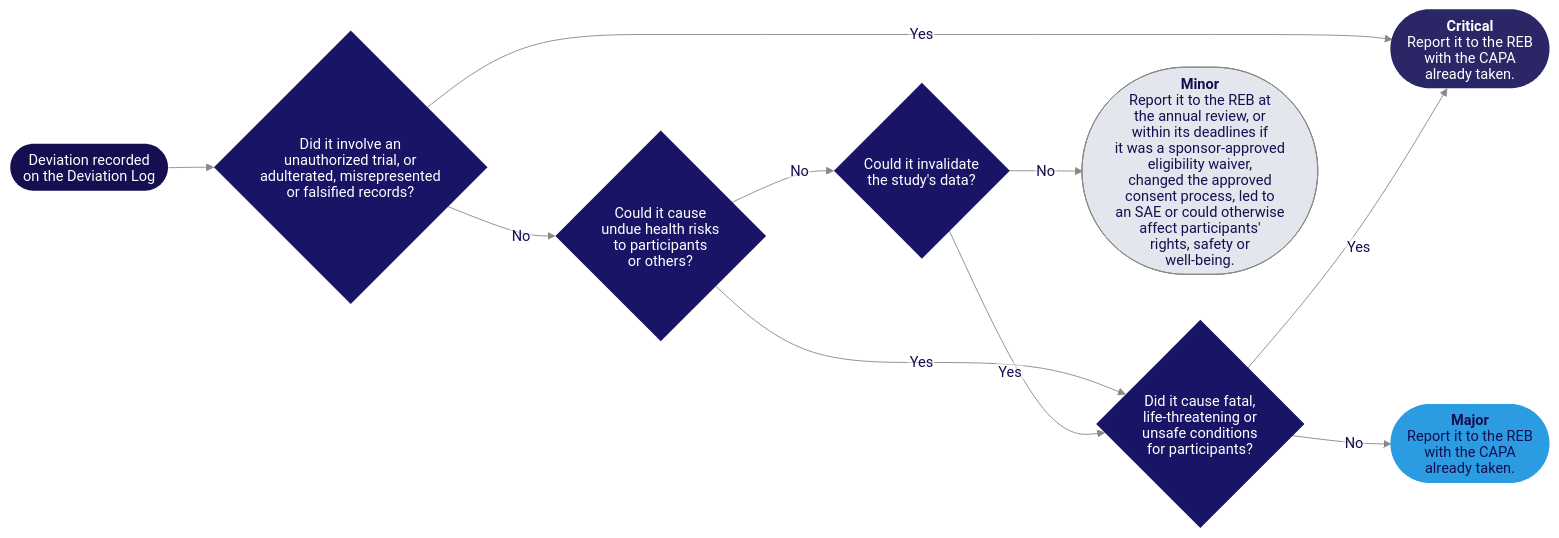
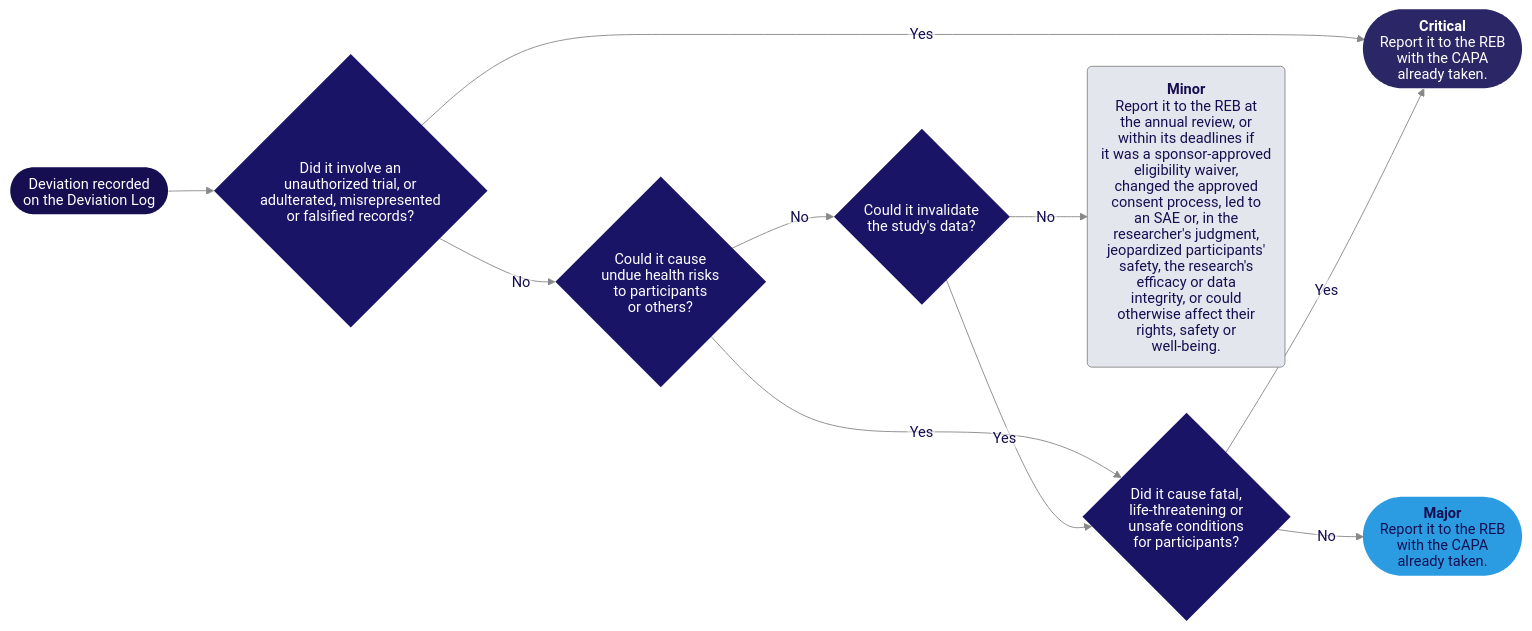
Before and after one commit to matthewfiorentino/docs: the diagram in images/diagrams/deviation-severity.mmd, drawn with Mermaid. The commit also changed 54 other files, not shown here.

```diff
--- a/images/diagrams/deviation-severity.mmd
+++ b/images/diagrams/deviation-severity.mmd
@@ -1,21 +1,21 @@
 %%{init: {'theme':'base','htmlLabels':false,'flowchart':{'htmlLabels':false,'subGraphTitleMargin':{'top':14,'bottom':10}},'themeVariables':{'primaryColor':'#2b2666','primaryTextColor':'#ffffff','primaryBorderColor':'#2b2666','lineColor':'#888','edgeLabelBackground':'#ffffff','titleColor':'#150e51','fontFamily':'system-ui,sans-serif'}}}%%
 flowchart LR
     S(["Deviation recorded<br/>on the Deviation Log"]) --> Q4{"Did it involve an<br/>unauthorized trial, or<br/>adulterated, misrepresented<br/>or falsified records?"}
     Q4 -->|"Yes"| CRIT
     Q4 -->|"No"| Q1{"Could it cause<br/>undue health risks<br/>to participants<br/>or others?"}
     Q1 -->|"No"| Q2{"Could it invalidate<br/>the study's data?"}
     Q1 -->|"Yes"| Q3{"Did it cause fatal,<br/>life-threatening or<br/>unsafe conditions<br/>for participants?"}
     Q2 -->|"Yes"| Q3
-    Q2 -->|"No"| MINOR(["`**Minor**<br/>Report it to the REB at<br/>the annual review, or<br/>within its deadlines if<br/>it was a sponsor-approved<br/>eligibility waiver,<br/>changed the approved<br/>consent process, led to<br/>an SAE or could otherwise<br/>affect participants'<br/>rights, safety or<br/>well-being.`"])
+    Q2 -->|"No"| MINOR("`**Minor**<br/>Report it to the REB at<br/>the annual review, or<br/>within its deadlines if<br/>it was a sponsor-approved<br/>eligibility waiver,<br/>changed the approved<br/>consent process, led to<br/>an SAE or, in the<br/>researcher's judgment,<br/>jeopardized participants'<br/>safety, the research's<br/>efficacy or data<br/>integrity, or could<br/>otherwise affect their<br/>rights, safety or<br/>well-being.`")
     Q3 -->|"Yes"| CRIT(["`**Critical**<br/>Report it to the REB<br/>with the CAPA<br/>already taken.`"])
     Q3 -->|"No"| MAJOR(["`**Major**<br/>Report it to the REB<br/>with the CAPA<br/>already taken.`"])
 
     style S fill:#150e51,color:#fff,stroke:none
     style Q1 fill:#1a1466,color:#fff,stroke:none
     style Q2 fill:#1a1466,color:#fff,stroke:none
     style Q3 fill:#1a1466,color:#fff,stroke:none
     style Q4 fill:#1a1466,color:#fff,stroke:none
     style MINOR fill:#e4e6ed,color:#150e51,stroke:#888
     style MAJOR fill:#2b9ce2,color:#150e51,stroke:none
     style CRIT fill:#2b2666,color:#fff,stroke:none
     linkStyle default color:#150e51
```
